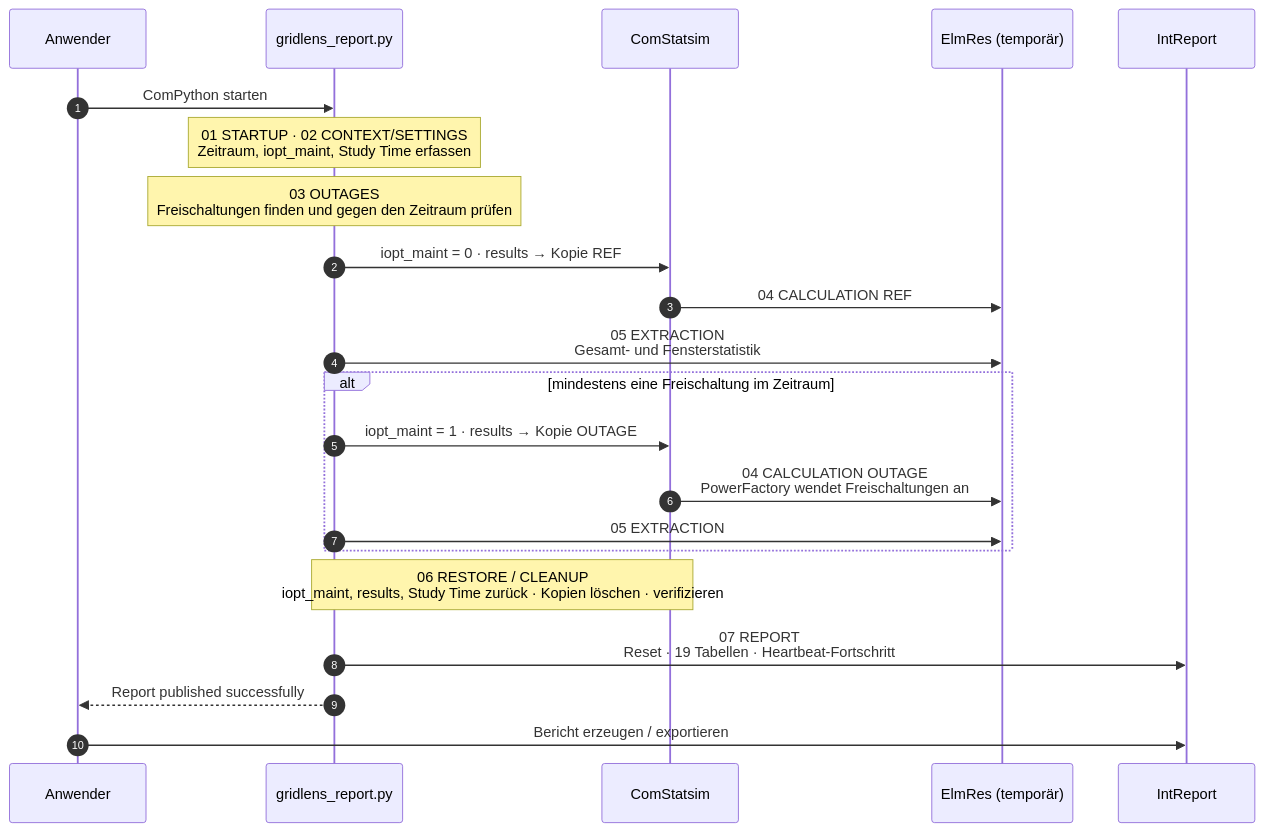
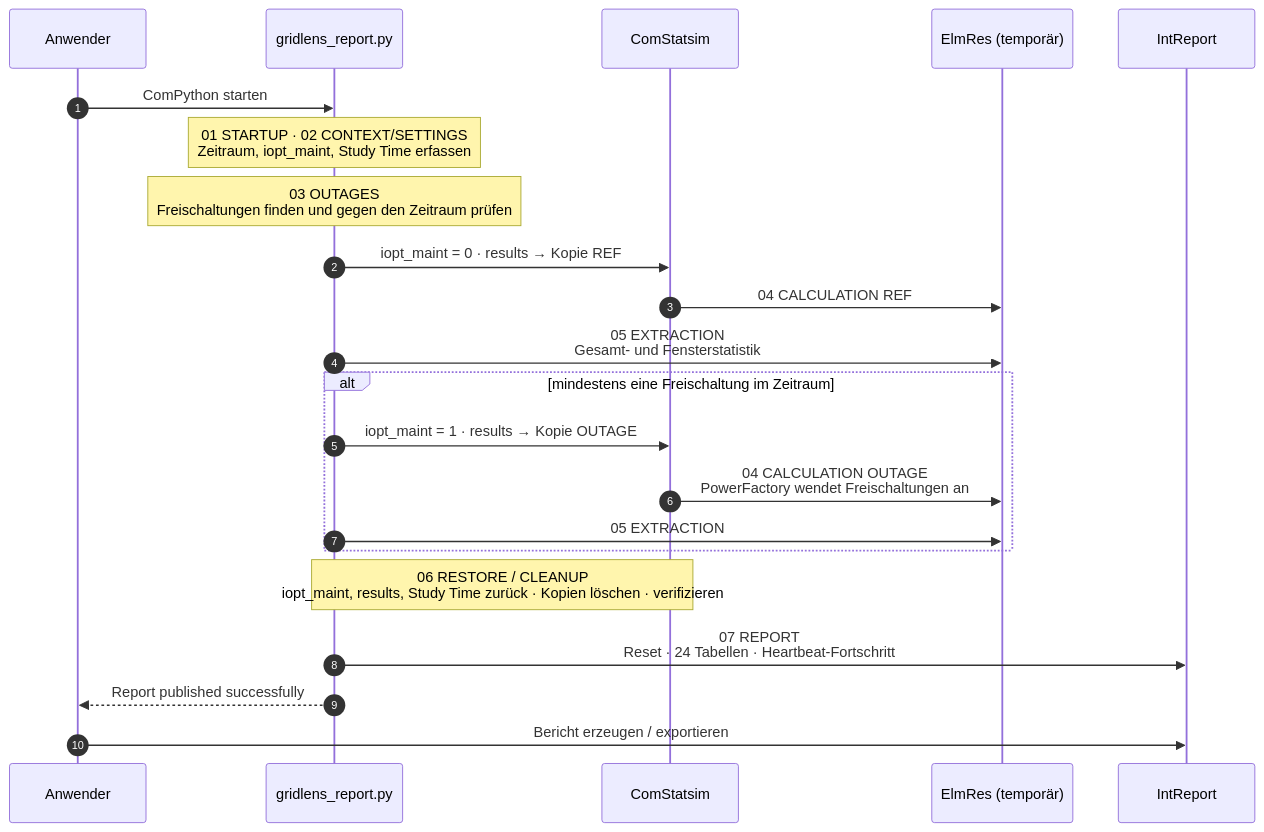
One commit to hadiibrahim-Engin/gridlens-powerfactory changed the second of 8 diagrams in BIG_PICTURE.md. Above: the diagram before and after it, drawn with Mermaid. The commit also changed other lines of this file and 7 other files, not shown here.

````diff
--- a/BIG_PICTURE.md
+++ b/BIG_PICTURE.md
@@ -72,28 +72,28 @@
 ```mermaid
 sequenceDiagram
     autonumber
     participant U as Anwender
     participant GL as gridlens_report.py
     participant Q as ComStatsim
     participant E as ElmRes (temporär)
     participant R as IntReport
 
     U->>GL: ComPython starten
     Note over GL: 01 STARTUP · 02 CONTEXT/SETTINGS<br/>Zeitraum, iopt_maint, Study Time erfassen
     Note over GL: 03 OUTAGES<br/>Freischaltungen finden und gegen den Zeitraum prüfen
 
     GL->>Q: iopt_maint = 0 · results → Kopie REF
     Q->>E: 04 CALCULATION REF
     GL->>E: 05 EXTRACTION<br/>Gesamt- und Fensterstatistik
 
     alt mindestens eine Freischaltung im Zeitraum
         GL->>Q: iopt_maint = 1 · results → Kopie OUTAGE
         Q->>E: 04 CALCULATION OUTAGE<br/>PowerFactory wendet Freischaltungen an
         GL->>E: 05 EXTRACTION
     end
 
     Note over GL,Q: 06 RESTORE / CLEANUP<br/>iopt_maint, results, Study Time zurück · Kopien löschen · verifizieren
-    GL->>R: 07 REPORT<br/>Reset · 19 Tabellen · Heartbeat-Fortschritt
+    GL->>R: 07 REPORT<br/>Reset · 24 Tabellen · Heartbeat-Fortschritt
     GL-->>U: Report published successfully
     U->>R: Bericht erzeugen / exportieren
 ```
````
